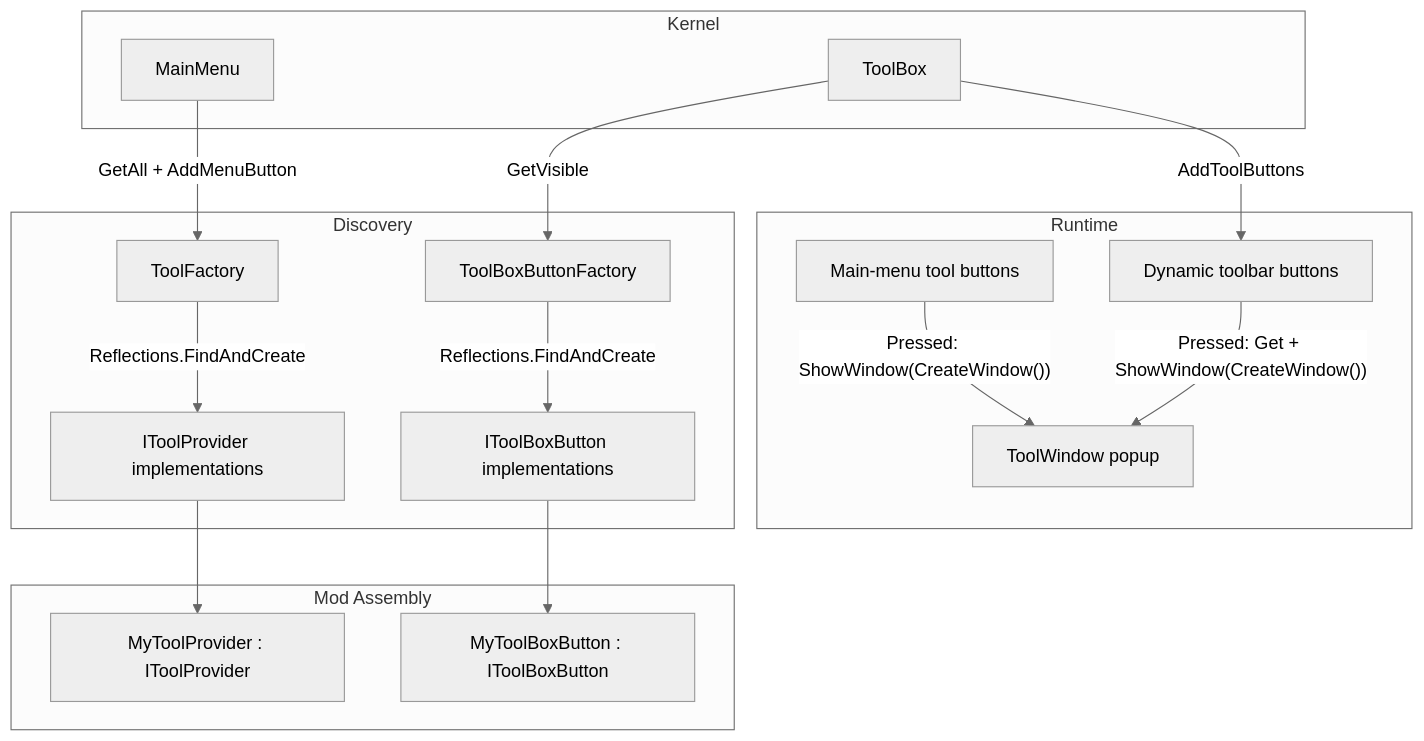
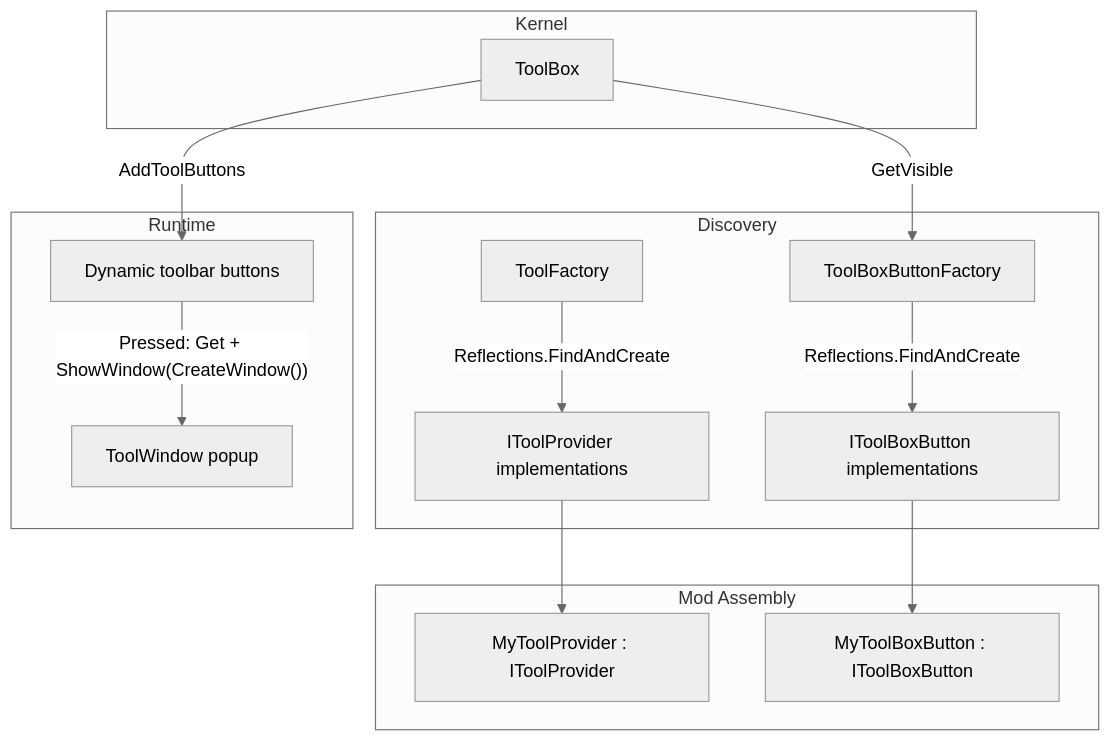
Before and after one commit to cthangover/cthangover.github.io: the diagram in docs/mods/editor_tools/index.md, drawn with Mermaid (neutral theme). The commit also changed other lines of this file and 141 other files, not shown here.

````diff
--- a/docs/mods/editor_tools/index.md
+++ b/docs/mods/editor_tools/index.md
@@ -7,26 +7,25 @@
 ```mermaid
 flowchart TD
     subgraph Discovery
         TF[ToolFactory] -->|Reflections.FindAndCreate| ITP[IToolProvider implementations]
         TBF[ToolBoxButtonFactory] -->|Reflections.FindAndCreate| ITBB[IToolBoxButton implementations]
     end
 
     subgraph Kernel
-        MMA[MainMenu] -->|GetAll + AddMenuButton| TF
         TB[ToolBox] -->|GetVisible| TBF
     end
 
     subgraph Runtime
-        MMB[Main-menu tool buttons] -->|"Pressed: ShowWindow(CreateWindow())"| TW[ToolWindow popup]
+        TW[ToolWindow popup]
         TB -->|AddToolButtons| BTN[Dynamic toolbar buttons]
         BTN -->|"Pressed: Get + ShowWindow(CreateWindow())"| TW
     end
 
     subgraph Mod Assembly
         MTP[MyToolProvider : IToolProvider]
         MTB[MyToolBoxButton : IToolBoxButton]
     end
 
     ITP --> MTP
     ITBB --> MTB
 ```
````
